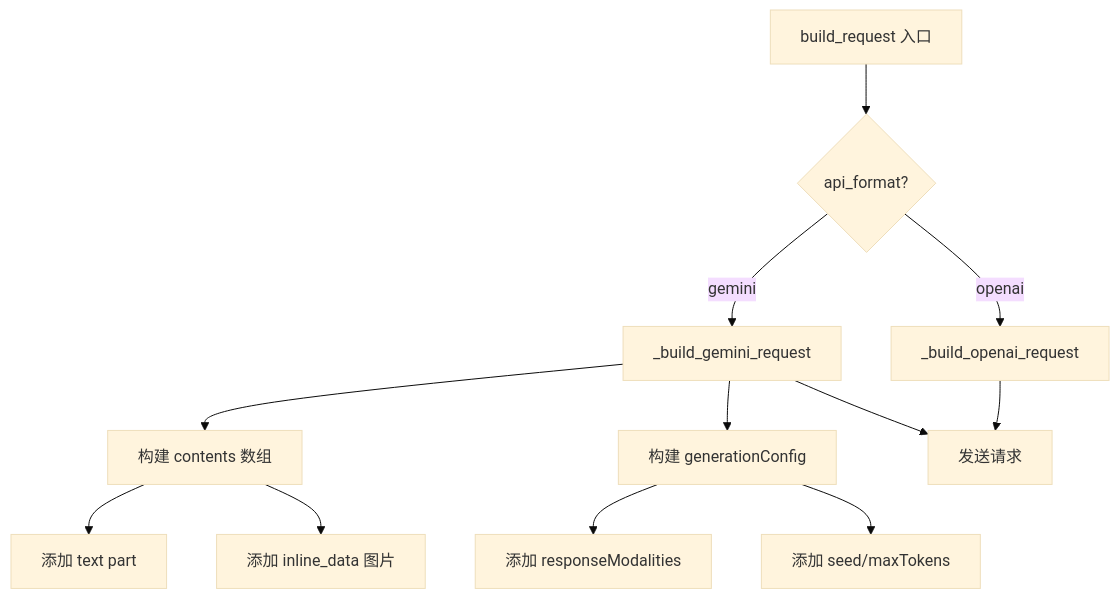
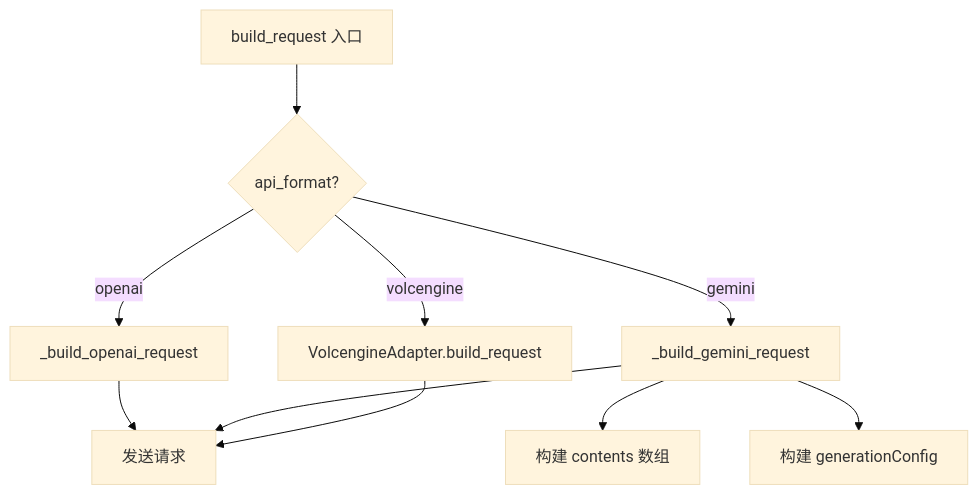
Before and after one commit to RexGrey/ComfyUI-Custom-Batchbox: the fifth of 16 diagrams in ARCHITECTURE.md, drawn with Mermaid (base theme). The commit also changed other lines of this file and 5 other files, not shown here.

````diff
--- a/ARCHITECTURE.md
+++ b/ARCHITECTURE.md
@@ -244,14 +226,12 @@
 ```mermaid
 flowchart TD
     A[build_request 入口] --> B{api_format?}
     B -->|openai| C[_build_openai_request]
     B -->|gemini| D[_build_gemini_request]
-    D --> E[构建 contents 数组]
-    E --> F[添加 text part]
-    E --> G[添加 inline_data 图片]
+    B -->|volcengine| VE[VolcengineAdapter.build_request]
+    D --> GC[构建 contents 数组]
     D --> H[构建 generationConfig]
-    H --> I[添加 responseModalities]
-    H --> J[添加 seed/maxTokens]
     C --> K[发送请求]
     D --> K
+    VE --> K
 ```
````
